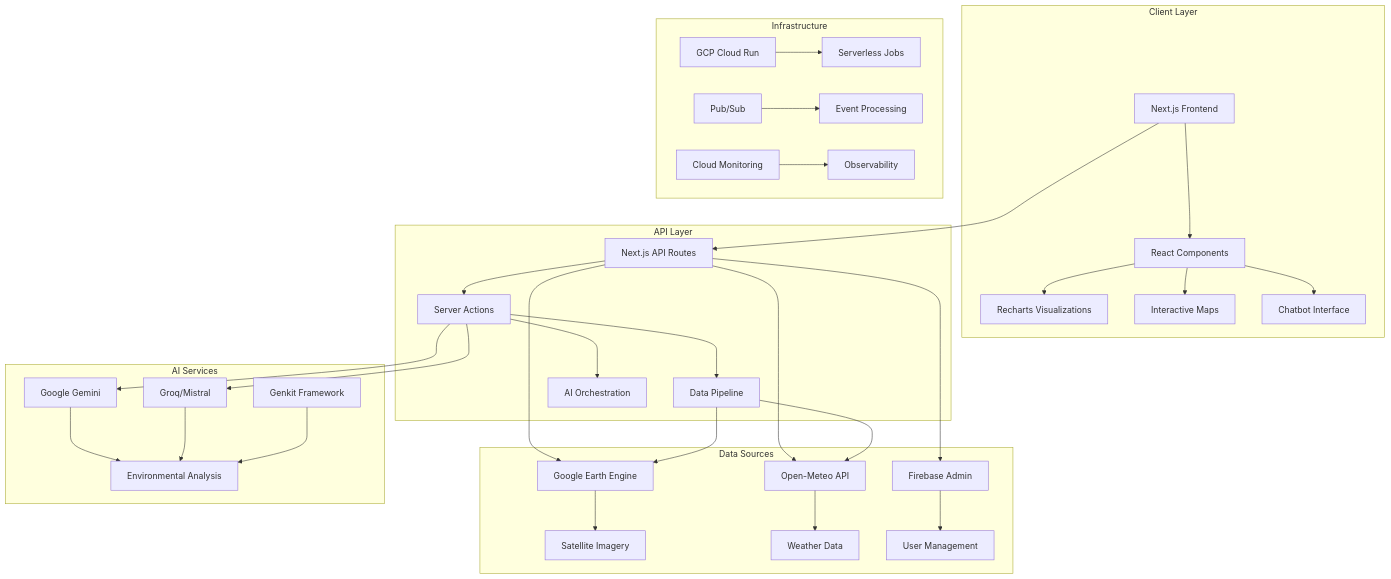
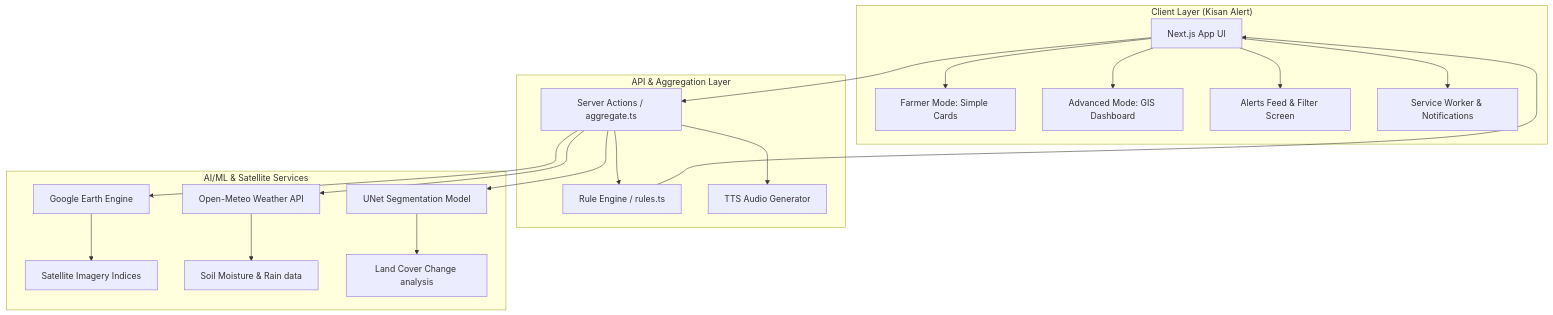
The diagram in README.md (ArrinPaul/Kisan-Portal), drawn with Mermaid before and after one commit. The commit also changed other lines of this file and 32 other files, not shown here.

Commit message:
feat: implement Kisan Alert farmer-first platform (alert rules, aggregation, voice TTS, UI pages, and PWA notifications)

````diff
--- a/README.md
+++ b/README.md
@@ -73,42 +39,26 @@
 ```mermaid
 graph TB
-    subgraph "Client Layer"
-        A[Next.js Frontend] --> B[React Components]
-        B --> C[Recharts Visualizations]
-        B --> D[Interactive Maps]
-        B --> E[Chatbot Interface]
+    subgraph "Client Layer (Kisan Alert)"
+        A[Next.js App UI] --> B[Farmer Mode: Simple Cards]
+        A --> C[Advanced Mode: GIS Dashboard]
+        A --> D[Alerts Feed & Filter Screen]
+        A --> E[Service Worker & Notifications]
     end
 
-    subgraph "API Layer"
-        F[Next.js API Routes] --> G[Server Actions]
-        G --> H[Data Pipeline]
-        G --> I[AI Orchestration]
+    subgraph "API & Aggregation Layer"
+        F[Server Actions / aggregate.ts] --> G[Rule Engine / rules.ts]
+        F --> H[TTS Audio Generator]
     end
 
-    subgraph "Data Sources"
-        J[Google Earth Engine] --> K[Satellite Imagery]
-        L[Open-Meteo API] --> M[Weather Data]
-        N[Firebase Admin] --> O[User Management]
-    end
-
-    subgraph "AI Services"
-        P[Google Gemini] --> Q[Environmental Analysis]
-        R[Groq/Mistral] --> Q
-        S[Genkit Framework] --> Q
-    end
-
-    subgraph "Infrastructure"
-        T[GCP Cloud Run] --> U[Serverless Jobs]
-        V[Pub/Sub] --> W[Event Processing]
-        X[Cloud Monitoring] --> Y[Observability]
+    subgraph "AI/ML & Satellite Services"
+        I[Google Earth Engine] --> J[Satellite Imagery Indices]
+        K[Open-Meteo Weather API] --> L[Soil Moisture & Rain data]
+        M[UNet Segmentation Model] --> N[Land Cover Change analysis]
     end
 
     A --> F
-    F --> J
-    F --> L
-    F --> N
-    G --> P
-    G --> R
-    H --> J
-    H --> L
+    F --> K
+    F --> I
+    F --> M
+    G --> A
 ```
````
